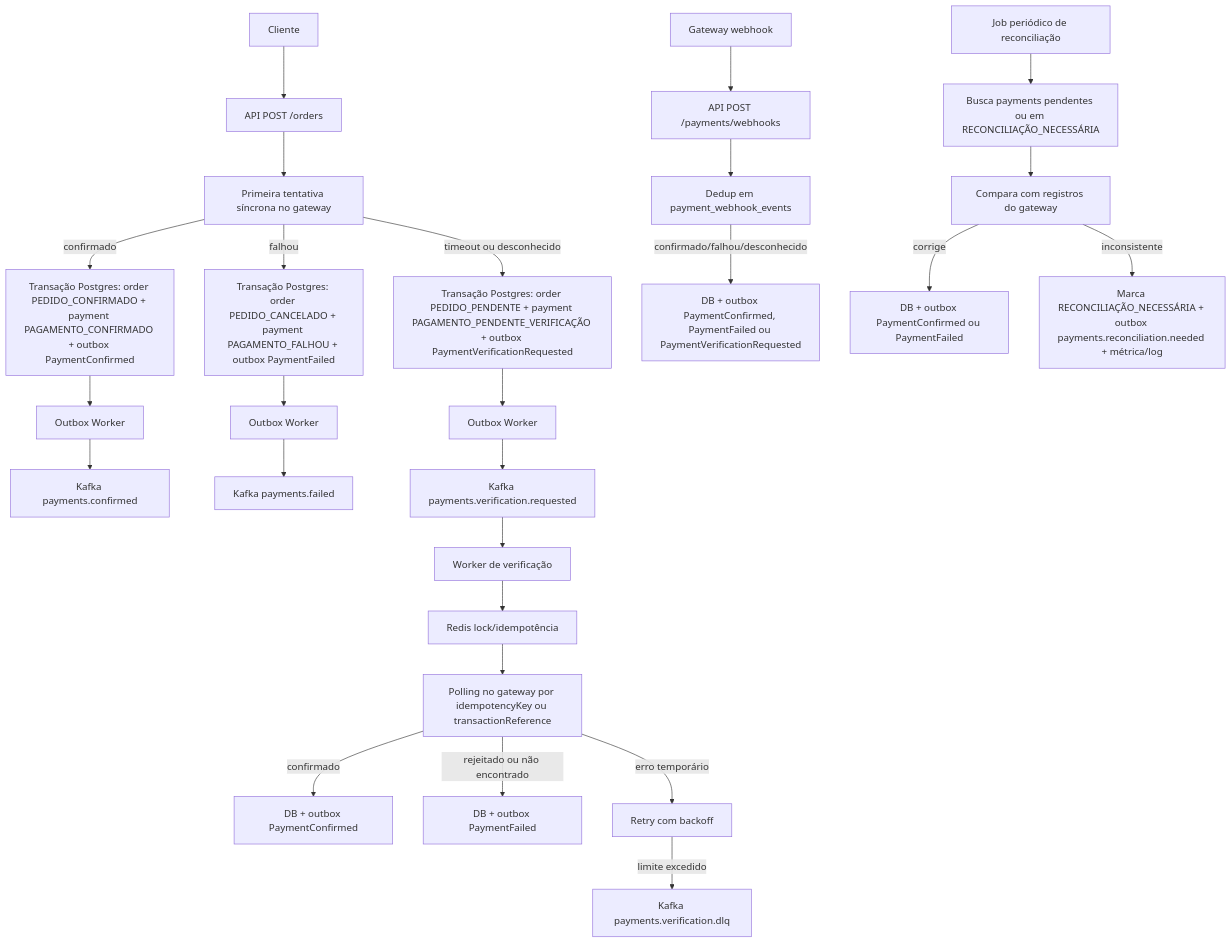
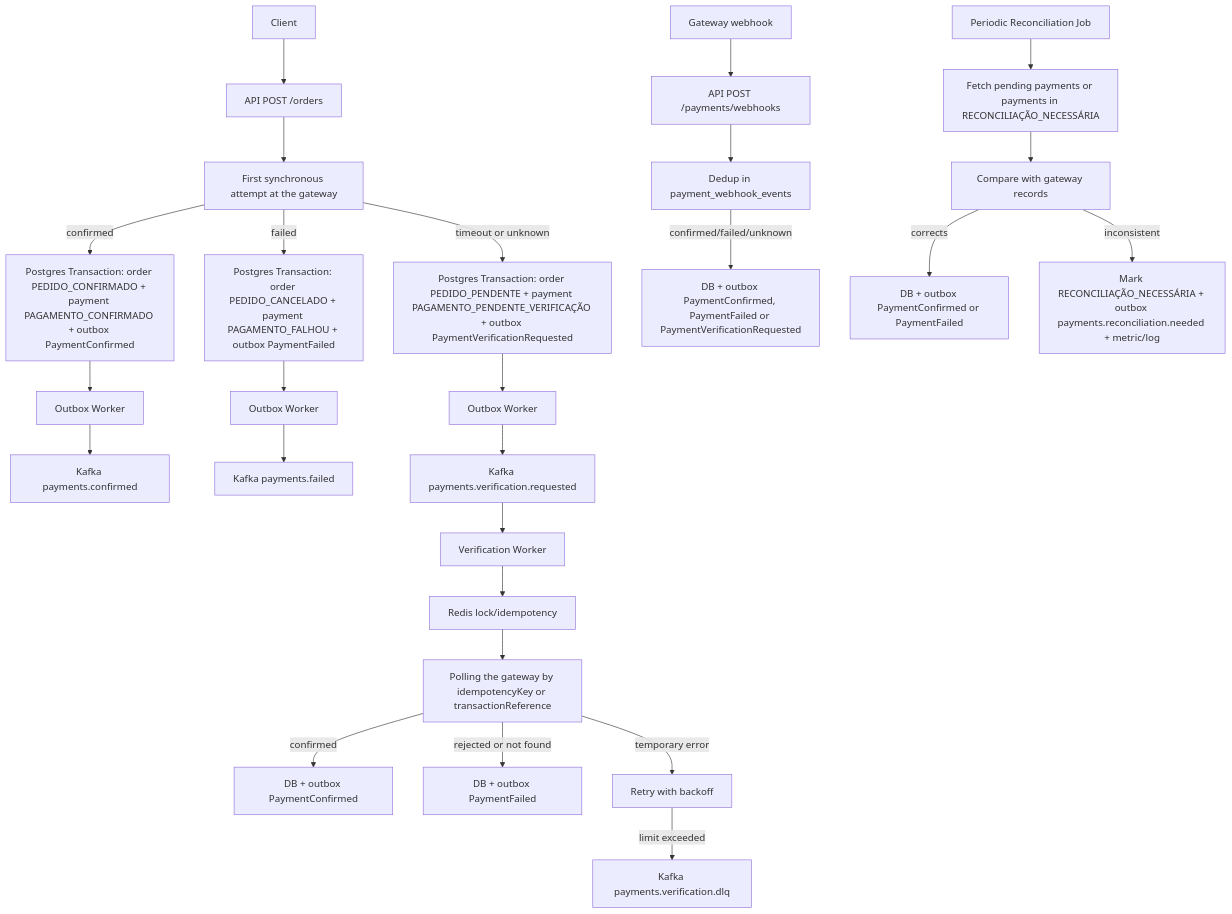
One commit to Thiago771414/event-driven-order-processing-system changed the first of 2 diagrams in README.md. Above: the diagram before and after it, drawn with Mermaid. The commit also changed other lines of this file, not shown here.

````diff
--- a/README.md
+++ b/README.md
@@ -172,34 +183,34 @@
 ```mermaid
 flowchart TD
-  C[Cliente] --> A[API POST /orders]
-  A --> G[Primeira tentativa síncrona no gateway]
+  C[Client] --> A[API POST /orders]
+  A --> G[First synchronous attempt at the gateway]
 
-  G -->|confirmado| TX1[Transação Postgres: order PEDIDO_CONFIRMADO + payment PAGAMENTO_CONFIRMADO + outbox PaymentConfirmed]
+  G -->|confirmed| TX1[Postgres Transaction: order PEDIDO_CONFIRMADO + payment PAGAMENTO_CONFIRMADO + outbox PaymentConfirmed]
   TX1 --> O1[Outbox Worker]
   O1 --> K1[Kafka payments.confirmed]
 
-  G -->|falhou| TX2[Transação Postgres: order PEDIDO_CANCELADO + payment PAGAMENTO_FALHOU + outbox PaymentFailed]
+  G -->|failed| TX2[Postgres Transaction: order PEDIDO_CANCELADO + payment PAGAMENTO_FALHOU + outbox PaymentFailed]
   TX2 --> O2[Outbox Worker]
   O2 --> K2[Kafka payments.failed]
 
-  G -->|timeout ou desconhecido| TX3[Transação Postgres: order PEDIDO_PENDENTE + payment PAGAMENTO_PENDENTE_VERIFICAÇÃO + outbox PaymentVerificationRequested]
+  G -->|timeout or unknown| TX3[Postgres Transaction: order PEDIDO_PENDENTE + payment PAGAMENTO_PENDENTE_VERIFICAÇÃO + outbox PaymentVerificationRequested]
   TX3 --> O3[Outbox Worker]
   O3 --> K3[Kafka payments.verification.requested]
 
-  K3 --> W[Worker de verificação]
-  W --> R[Redis lock/idempotência]
-  R --> Q[Polling no gateway por idempotencyKey ou transactionReference]
-  Q -->|confirmado| WC[DB + outbox PaymentConfirmed]
-  Q -->|rejeitado ou não encontrado| WF[DB + outbox PaymentFailed]
-  Q -->|erro temporário| RET[Retry com backoff]
-  RET -->|limite excedido| DLQ[Kafka payments.verification.dlq]
+  K3 --> W[Verification Worker]
+  W --> R[Redis lock/idempotency]
+  R --> Q[Polling the gateway by idempotencyKey or transactionReference]
+  Q -->|confirmed| WC[DB + outbox PaymentConfirmed]
+  Q -->|rejected or not found| WF[DB + outbox PaymentFailed]
+  Q -->|temporary error| RET[Retry with backoff]
+  RET -->|limit exceeded| DLQ[Kafka payments.verification.dlq]
 
   GW[Gateway webhook] --> WH[API POST /payments/webhooks]
-  WH --> WHI[Dedup em payment_webhook_events]
-  WHI -->|confirmado/falhou/desconhecido| WHTX[DB + outbox PaymentConfirmed, PaymentFailed ou PaymentVerificationRequested]
+  WH --> WHI[Dedup in payment_webhook_events]
+  WHI -->|confirmed/failed/unknown| WHTX[DB + outbox PaymentConfirmed, PaymentFailed or PaymentVerificationRequested]
 
-  B[Job periódico de reconciliação] --> P[Busca payments pendentes ou em RECONCILIAÇÃO_NECESSÁRIA]
-  P --> BG[Compara com registros do gateway]
-  BG -->|corrige| BOK[DB + outbox PaymentConfirmed ou PaymentFailed]
-  BG -->|inconsistente| ALERT[Marca RECONCILIAÇÃO_NECESSÁRIA + outbox payments.reconciliation.needed + métrica/log]
+  B[Periodic Reconciliation Job] --> P[Fetch pending payments or payments in RECONCILIAÇÃO_NECESSÁRIA]
+  P --> BG[Compare with gateway records]
+  BG -->|corrects| BOK[DB + outbox PaymentConfirmed or PaymentFailed]
+  BG -->|inconsistent| ALERT[Mark RECONCILIAÇÃO_NECESSÁRIA + outbox payments.reconciliation.needed + metric/log]
 ```
````
